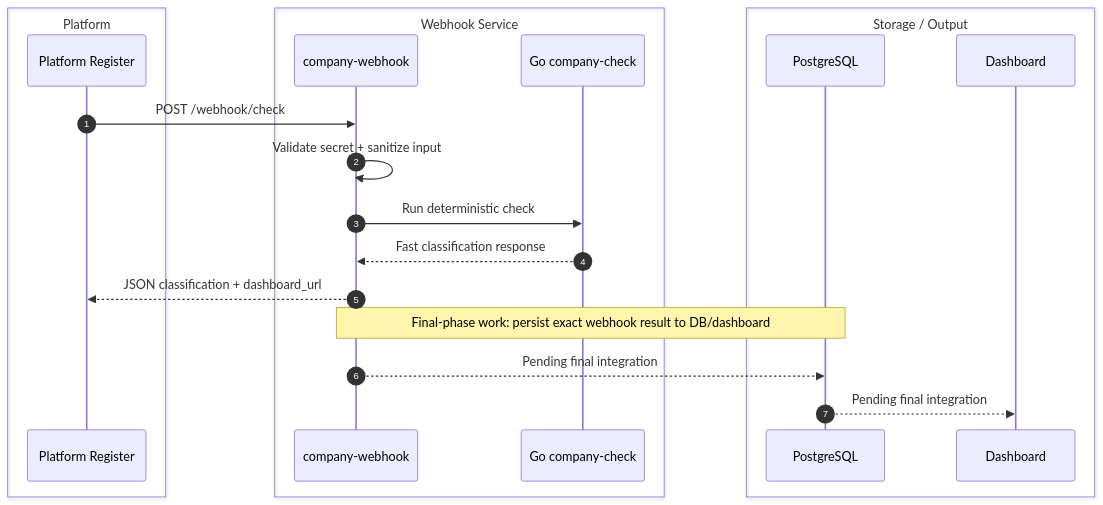
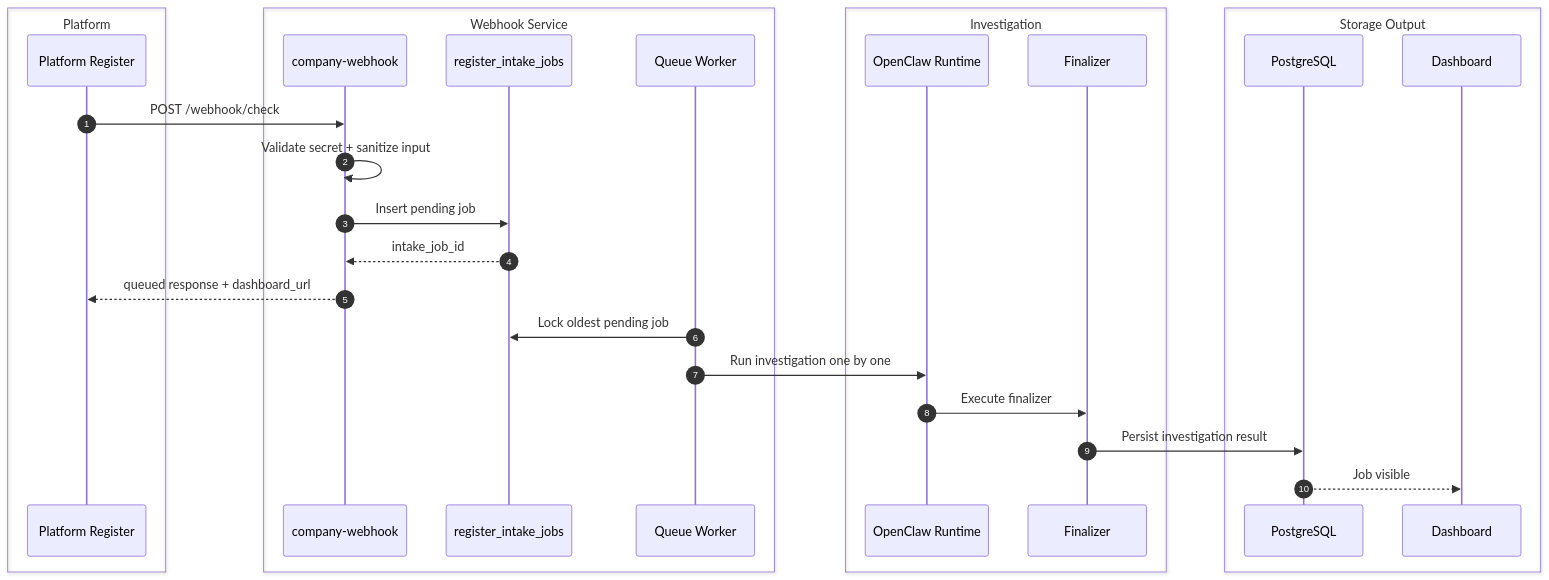
Before and after one commit to nunutech40/company-detector-bot: the seventh of 8 diagrams in docs/technical/FLOW_MAP.md, drawn with Mermaid. The commit also changed other lines of this file and 5 other files, not shown here.

Commit message:
plan webhook queue slack digest

````diff
--- a/docs/technical/FLOW_MAP.md
+++ b/docs/technical/FLOW_MAP.md
@@ -399,27 +447,34 @@
 ```mermaid
 sequenceDiagram
   autonumber
   box Platform
     participant Platform as Platform Register
   end
 
   box Webhook Service
     participant Webhook as company-webhook
-    participant Go as Go company-check
+    participant Queue as register_intake_jobs
+    participant Worker as Queue Worker
   end
 
-  box Storage / Output
+  box Investigation
+    participant OpenClaw as OpenClaw Runtime
+    participant Finalizer as Finalizer
+  end
+
+  box Storage Output
     participant DB as PostgreSQL
     participant Dashboard as Dashboard
   end
 
   Platform->>Webhook: POST /webhook/check
   Webhook->>Webhook: Validate secret + sanitize input
-  Webhook->>Go: Run deterministic check
-  Go-->>Webhook: Fast classification response
-  Webhook-->>Platform: JSON classification + dashboard_url
-
-  Note over Webhook,DB: Final-phase work: persist exact webhook result to DB/dashboard
-  Webhook-->>DB: Pending final integration
-  DB-->>Dashboard: Pending final integration
+  Webhook->>Queue: Insert pending job
+  Queue-->>Webhook: intake_job_id
+  Webhook-->>Platform: queued response + dashboard_url
+  Worker->>Queue: Lock oldest pending job
+  Worker->>OpenClaw: Run investigation one by one
+  OpenClaw->>Finalizer: Execute finalizer
+  Finalizer->>DB: Persist investigation result
+  DB-->>Dashboard: Job visible
 ```
````
